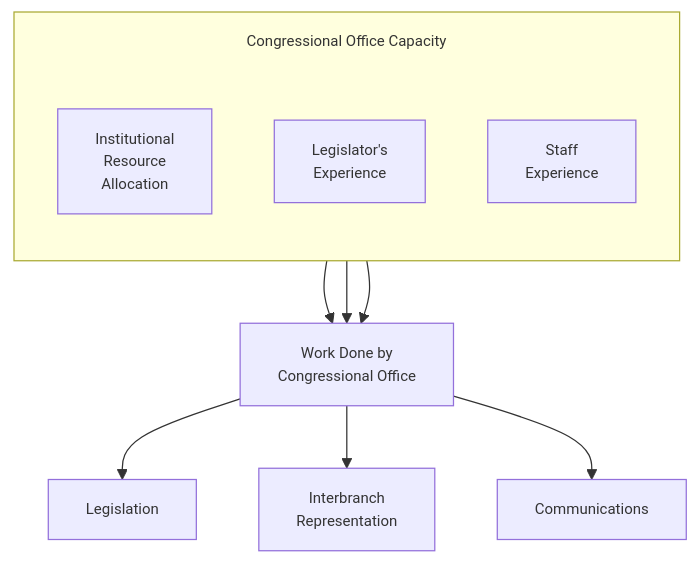
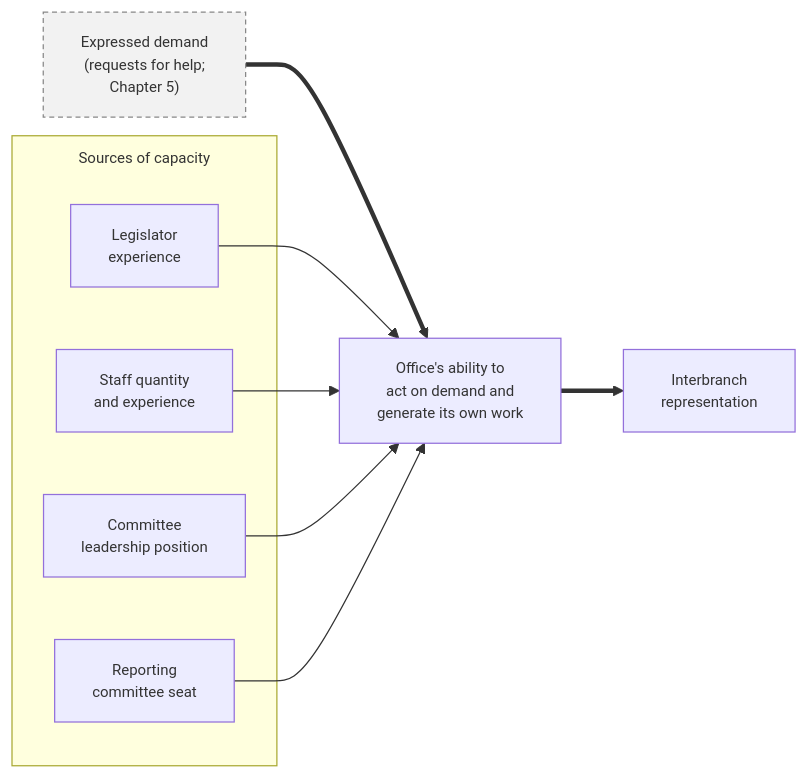
One commit to judgelord/cor-book changed the third of 6 diagrams in causal.qmd. Above: the diagram before and after it, drawn with Mermaid. The commit also changed other lines of this file and 38 other files, not shown here.

````diff
--- a/causal.qmd
+++ b/causal.qmd
@@ -122,28 +131,25 @@
 ```{mermaid}
 %%| label: fig-causal-capacity
-%%| fig-cap: "How Congressional Office capacity shapes interbranch representation activities"
+%%| fig-cap: "How congressional office capacity shapes interbranch representation"
 %%| fig-width: 6.5
 %%| out-width: "100%"
-%%{init: {"themeVariables": {"fontSize": "12px"}, "flowchart": {"subGraphTitleMargin": {"top": 15, "bottom": 25}, "htmlLabels": false}}}%%
-flowchart TD
-    subgraph capacity_g ["Congressional Office Capacity"]
-          direction TB
-        IR["Institutional<br/>Resource<br/>Allocation"]
-        LE["Legislator's<br/>Experience"]
-        SE["Staff<br/>Experience"]
-
-
-    end 
-        W["Work Done by<br/>Congressional Office"]
-        L["Legislation"]
-        A["Interbranch<br/>Representation"]
-        C["Communications"]
-
-    IR --> W
-    LE --> W
-    SE --> W
-    W --> L
-    W --> A
-    W --> C
-
+%%{init: {"themeVariables": {"fontSize": "12px"}, "flowchart": {"subGraphTitleMargin": {"top": 10, "bottom": 10}, "htmlLabels": false}}}%%
+flowchart LR
+    D["Expressed demand<br/>(requests for help;<br/>Chapter 5)"]
+    subgraph src ["Sources of capacity"]
+        LE["Legislator<br/>experience"]
+        ST["Staff quantity<br/>and experience"]
+        CP["Committee<br/>leadership position"]
+        RC["Reporting<br/>committee seat"]
+    end
+    O["Office's ability to<br/>act on demand and<br/>generate its own work"]
+    W["Interbranch<br/>representation"]
+    D ==> O
+    LE --> O
+    ST --> O
+    CP --> O
+    RC --> O
+    O ==> W
+    classDef demand fill:#f2f2f2,stroke:#888,stroke-dasharray: 4 3
+    class D demand
 ```
````
